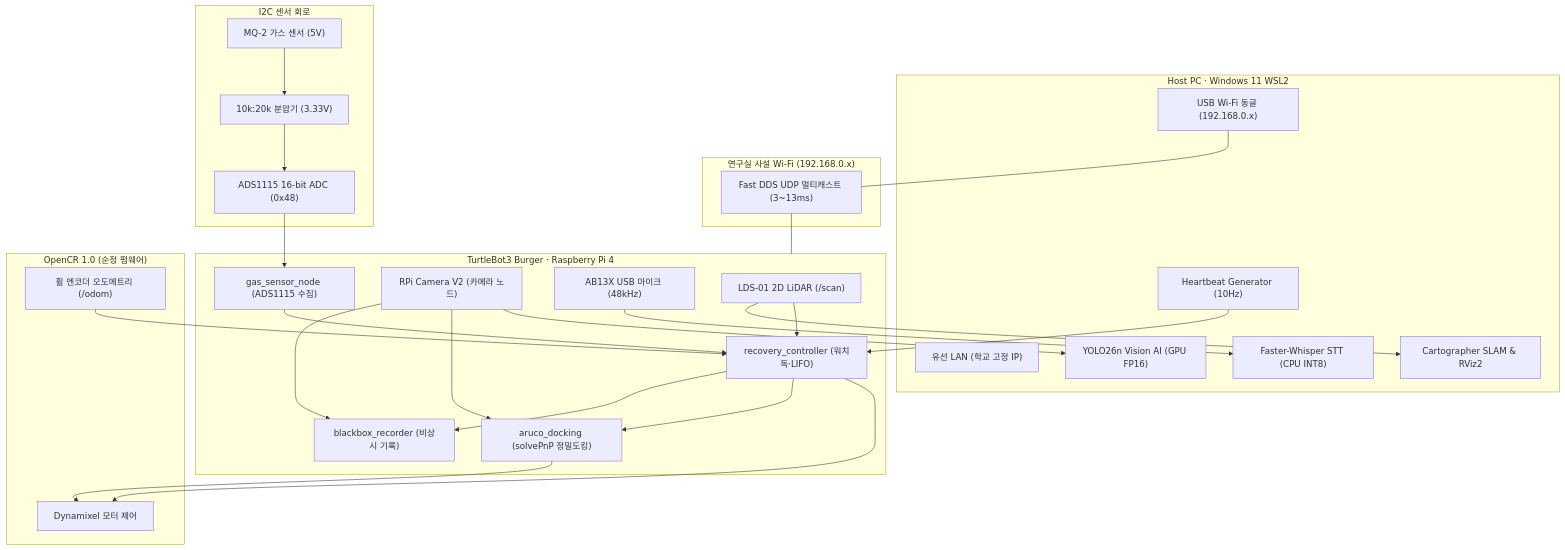
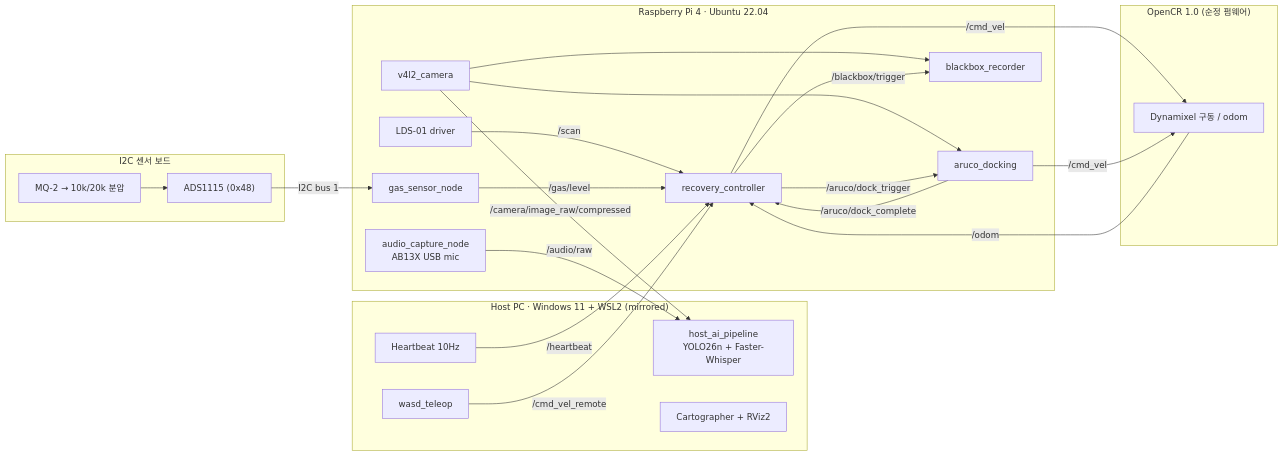
One commit to rjw136-lab/disaster_recovery_ws changed the first of 2 diagrams in docs/DISASTER_RECOVERY_GUIDEBOOK.md. Above: the diagram before and after it, drawn with Mermaid. The commit also changed other lines of this file, not shown here.

Commit message:
fix(docs): Restore valid MathJax block delimiters and clean Mermaid flowcharts

````diff
--- a/docs/DISASTER_RECOVERY_GUIDEBOOK.md
+++ b/docs/DISASTER_RECOVERY_GUIDEBOOK.md
@@ -41,55 +41,45 @@
 ```mermaid
-flowchart TD
-    subgraph HOST["Host PC · Windows 11 WSL2"]
-        NIC1["유선 LAN (학교 고정 IP)"]
-        NIC2["USB Wi-Fi 동글 (192.168.0.x)"]
-        AI1["YOLO26n Vision AI (GPU FP16)"]
-        AI2["Faster-Whisper STT (CPU INT8)"]
-        HB["Heartbeat Generator (10Hz)"]
-        SLAM["Cartographer SLAM & RViz2"]
+flowchart LR
+    subgraph HOST["Host PC · Windows 11 + WSL2 (mirrored)"]
+        HB["Heartbeat 10Hz"]
+        TELEOP["wasd_teleop"]
+        AI["host_ai_pipeline<br/>YOLO26n + Faster-Whisper"]
+        SLAM["Cartographer + RViz2"]
     end
 
-    subgraph NET["연구실 사설 Wi-Fi (192.168.0.x)"]
-        UDP["Fast DDS UDP 멀티캐스트 (3~13ms)"]
+    subgraph RPI["Raspberry Pi 4 · Ubuntu 22.04"]
+        RC["recovery_controller"]
+        AD["aruco_docking"]
+        BB["blackbox_recorder"]
+        GB["gas_sensor_node"]
+        CAM["v4l2_camera"]
+        MIC["audio_capture_node<br/>AB13X USB mic"]
+        LDS["LDS-01 driver"]
     end
 
-    subgraph RPI["TurtleBot3 Burger · Raspberry Pi 4"]
-        LDS["LDS-01 2D LiDAR (/scan)"]
-        CAM["RPi Camera V2 (카메라 노드)"]
-        MIC["AB13X USB 마이크 (48kHz)"]
-        RC["recovery_controller (워치독·LIFO)"]
-        AD["aruco_docking (solvePnP 정밀도킹)"]
-        BB["blackbox_recorder (비상시 기록)"]
-        GB["gas_sensor_node (ADS1115 수집)"]
-    end
-
-    subgraph SENS["I2C 센서 회로"]
-        MQ2["MQ-2 가스 센서 (5V)"]
-        DIV["10k:20k 분압기 (3.33V)"]
-        ADS["ADS1115 16-bit ADC (0x48)"]
+    subgraph SENS["I2C 센서 보드"]
+        MQ2["MQ-2 → 10k/20k 분압"]
+        ADS["ADS1115 (0x48)"]
     end
 
     subgraph OCR["OpenCR 1.0 (순정 펌웨어)"]
-        MOT["Dynamixel 모터 제어"]
-        ENC["휠 엔코더 오도메트리 (/odom)"]
+        MOT["Dynamixel 구동 / odom"]
     end
 
-    NIC2 --- UDP
-    UDP --- RPI
-    HB --> RC
-    LDS --> RC
-    LDS --> SLAM
-    CAM --> AI1
+    HB -- "/heartbeat" --> RC
+    TELEOP -- "/cmd_vel_remote" --> RC
+    CAM -- "/camera/image_raw/compressed" --> AI
+    MIC -- "/audio/raw" --> AI
     CAM --> AD
     CAM --> BB
-    MIC --> AI2
-    ENC --> RC
-    RC --> MOT
-    AD --> MOT
-    RC --> AD
-    RC --> BB
-    MQ2 --> DIV
-    DIV --> ADS
-    ADS --> GB
-    GB --> RC
+    LDS -- "/scan" --> RC
+    MOT -- "/odom" --> RC
+    MQ2 --> ADS
+    ADS -- "I2C bus 1" --> GB
+    GB -- "/gas/level" --> RC
+    RC -- "/cmd_vel" --> MOT
+    AD -- "/cmd_vel" --> MOT
+    RC -- "/aruco/dock_trigger" --> AD
+    AD -- "/aruco/dock_complete" --> RC
+    RC -- "/blackbox/trigger" --> BB
 ```
````
